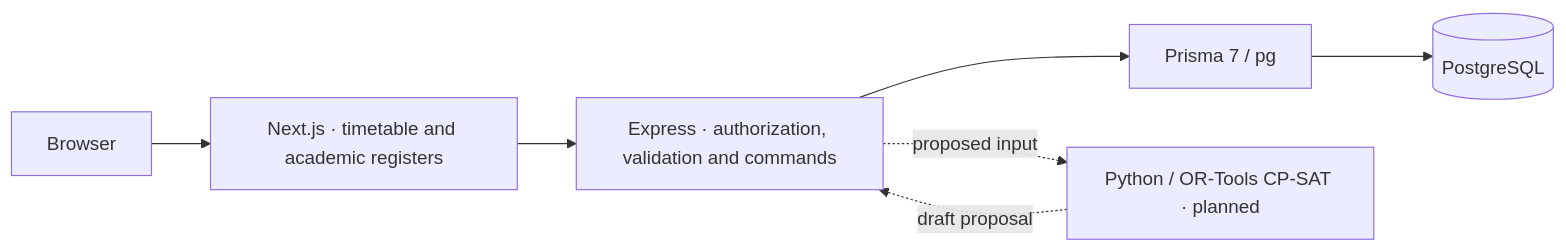
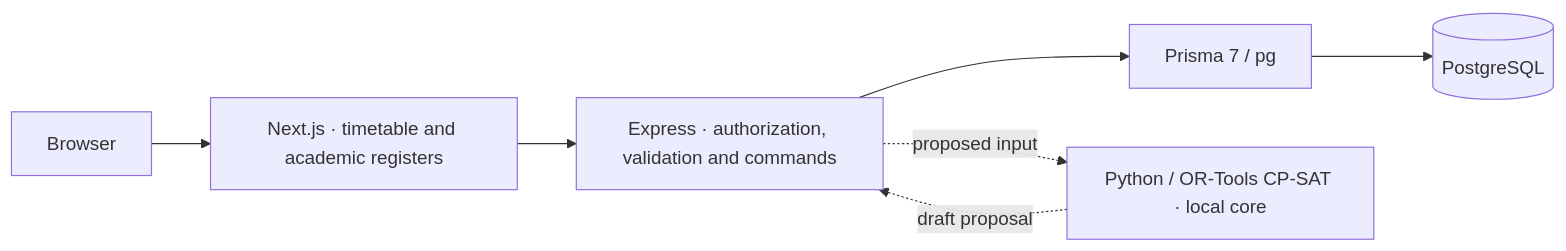
Before and after one commit to DakshChaudhary2668/ims-bca-timetable: the first of 2 diagrams in docs/ARCHITECTURE.md, drawn with Mermaid. The commit also changed other lines of this file and 17 other files, not shown here.

Commit message:
feat(scheduler): implement CP-SAT timetable generation core

````diff
--- a/docs/ARCHITECTURE.md
+++ b/docs/ARCHITECTURE.md
@@ -3,9 +3,9 @@
 ```mermaid
 flowchart LR
   Browser --> Web["Next.js · timetable and academic registers"]
   Web --> Express["Express · authorization, validation and commands"]
   Express --> Prisma["Prisma 7 / pg"]
   Prisma --> Postgres[(PostgreSQL)]
-  Express -. proposed input .-> Solver["Python / OR-Tools CP-SAT · planned"]
+  Express -. proposed input .-> Solver["Python / OR-Tools CP-SAT · local core"]
   Solver -. draft proposal .-> Express
 ```
````
